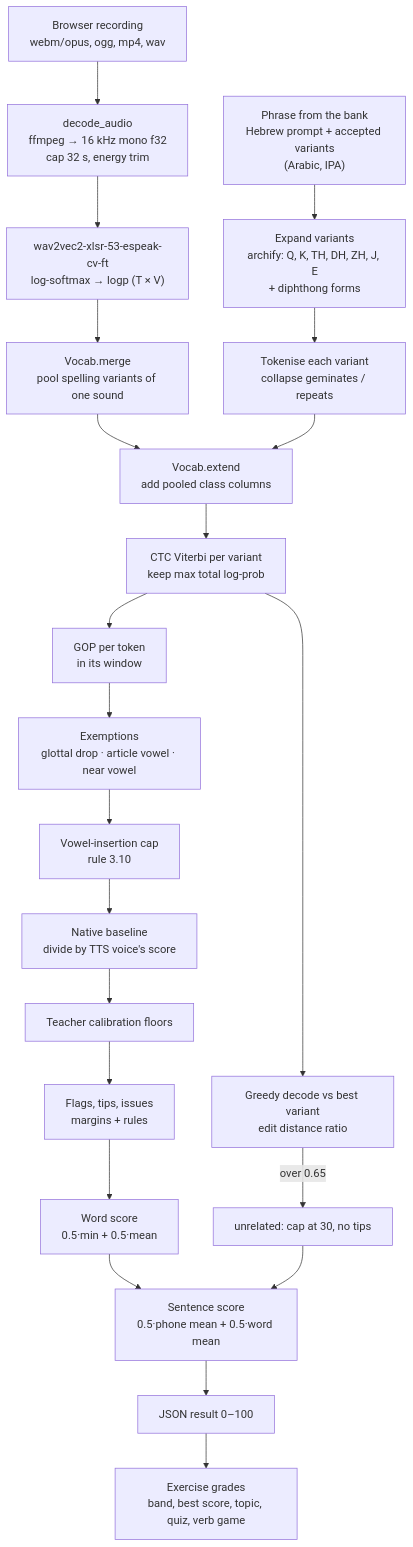
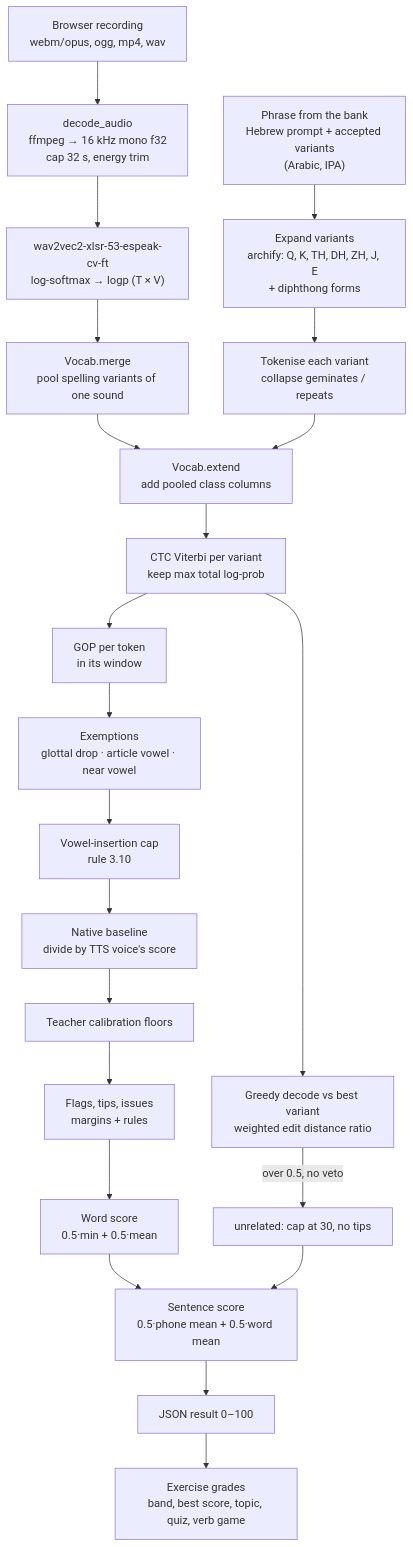
Before and after one commit to wzender/ihki: the first of 7 diagrams in docs/grading-pipeline.md, drawn with Mermaid. The commit also changed other lines of this file and 40 other files, not shown here.

First line of the commit message:
Add requirements browser and diagram rendering enhancements

````diff
--- a/docs/grading-pipeline.md
+++ b/docs/grading-pipeline.md
@@ -23,24 +23,24 @@
 ```mermaid
 flowchart TD
     A["Browser recording<br/>webm/opus, ogg, mp4, wav"] --> B["decode_audio<br/>ffmpeg → 16 kHz mono f32<br/>cap 32 s, energy trim"]
     R["Phrase from the bank<br/>Hebrew prompt + accepted variants<br/>(Arabic, IPA)"] --> V
     B --> E["wav2vec2-xlsr-53-espeak-cv-ft<br/>log-softmax → logp (T × V)"]
     E --> M["Vocab.merge<br/>pool spelling variants of one sound"]
     V["Expand variants<br/>archify: Q, K, TH, DH, ZH, J, E<br/>+ diphthong forms"] --> T["Tokenise each variant<br/>collapse geminates / repeats"]
     M --> X["Vocab.extend<br/>add pooled class columns"]
     T --> X
     X --> F["CTC Viterbi per variant<br/>keep max total log-prob"]
     F --> G["GOP per token<br/>in its window"]
     G --> H["Exemptions<br/>glottal drop · article vowel · near vowel"]
     H --> I["Vowel-insertion cap<br/>rule 3.10"]
     I --> J["Native baseline<br/>divide by TTS voice's score"]
     J --> K["Teacher calibration floors"]
     K --> L["Flags, tips, issues<br/>margins + rules"]
     L --> W["Word score<br/>0.5·min + 0.5·mean"]
     W --> S["Sentence score<br/>0.5·phone mean + 0.5·word mean"]
-    F --> U["Greedy decode vs best variant<br/>edit distance ratio"]
-    U -->|"over 0.65"| C["unrelated: cap at 30, no tips"]
+    F --> U["Greedy decode vs best variant<br/>weighted edit distance ratio"]
+    U -->|"over 0.5, no veto"| C["unrelated: cap at 30, no tips"]
     C --> S
     S --> O["JSON result 0–100"]
     O --> P["Exercise grades<br/>band, best score, topic, quiz, verb game"]
 ```
````
